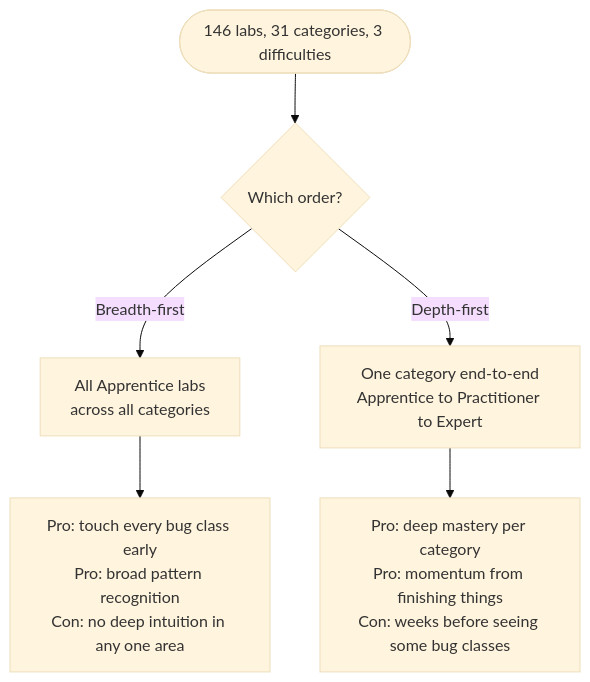
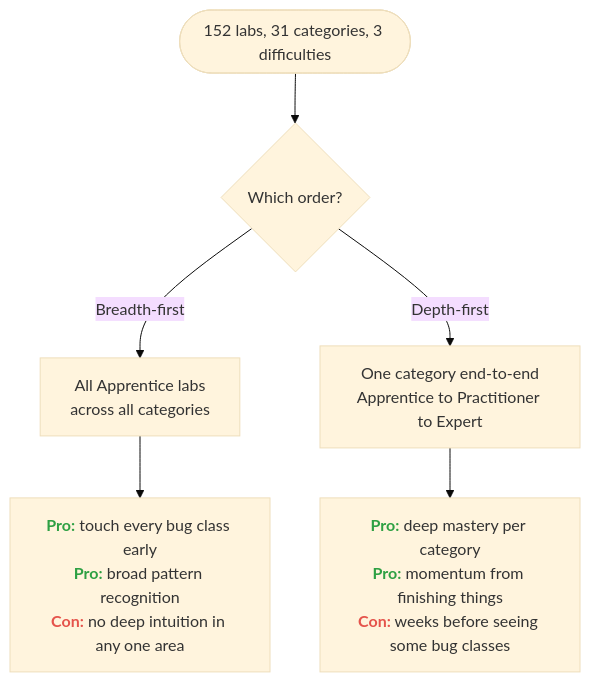
Before and after one commit to marie-schmidt/security-research: the diagram in src/content/posts/2026-04-20-picking-a-path-through-portswigger-labs.md, drawn with Mermaid (base theme). The commit also changed other lines of this file and 2 other files, not shown here.

Commit message:
fix: Update lab count in README and related post to reflect current total of 152 labs

````diff
--- a/src/content/posts/2026-04-20-picking-a-path-through-portswigger-labs.md
+++ b/src/content/posts/2026-04-20-picking-a-path-through-portswigger-labs.md
@@ -28,8 +28,8 @@
 ```mermaid
 flowchart TD
-   Start([146 labs, 31 categories, 3 difficulties]) --> Choice{Which order?}
+   Start([152 labs, 31 categories, 3 difficulties]) --> Choice{Which order?}
    Choice -->|Breadth-first| BF[All Apprentice labs<br/>across all categories]
    Choice -->|Depth-first| DF[One category end-to-end<br/>Apprentice to Practitioner to Expert]
-   BF --> BFpro[Pro: touch every bug class early<br/>Pro: broad pattern recognition<br/>Con: no deep intuition in any one area]
-   DF --> DFpro[Pro: deep mastery per category<br/>Pro: momentum from finishing things<br/>Con: weeks before seeing some bug classes]
+   BF --> BFpro["<b style='color:#2ea043'>Pro:</b> touch every bug class early<br/><b style='color:#2ea043'>Pro:</b> broad pattern recognition<br/><b style='color:#e5534b'>Con:</b> no deep intuition in any one area"]
+   DF --> DFpro["<b style='color:#2ea043'>Pro:</b> deep mastery per category<br/><b style='color:#2ea043'>Pro:</b> momentum from finishing things<br/><b style='color:#e5534b'>Con:</b> weeks before seeing some bug classes"]
 ```
````
